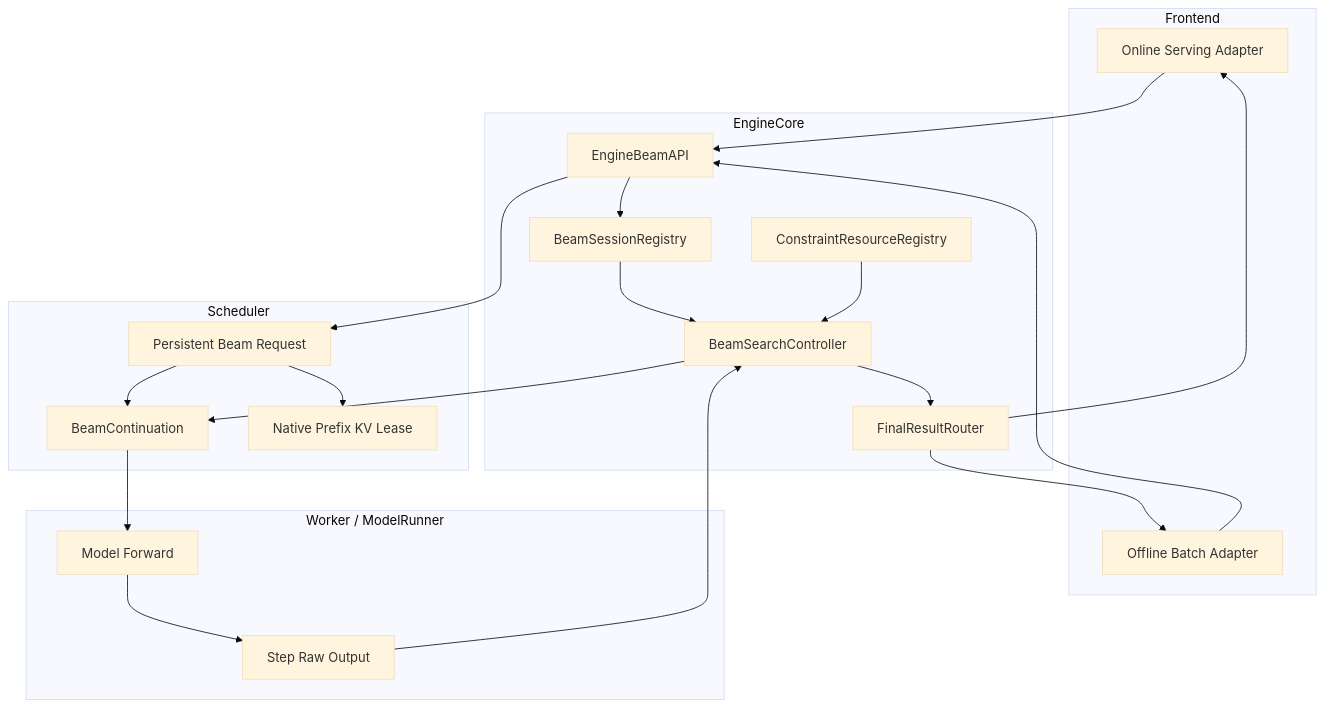
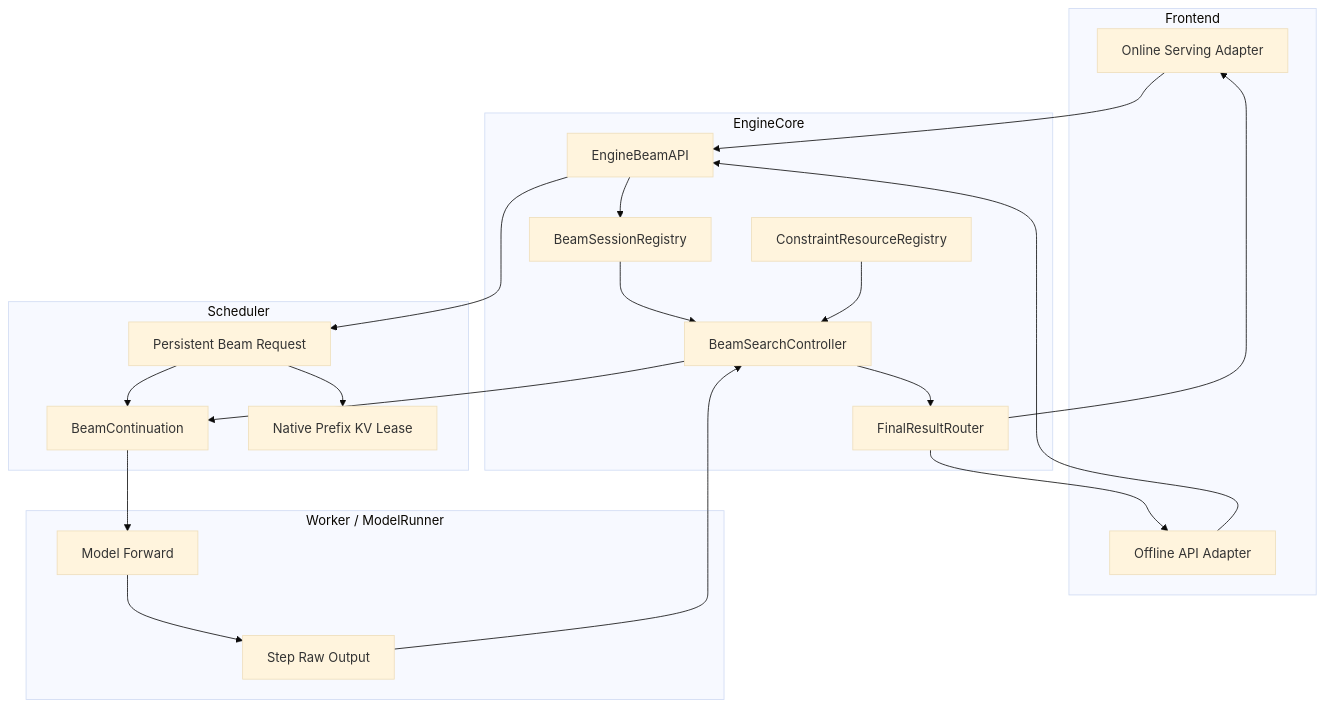
Before and after one commit to zhanghanleo10/gr-related: the fourth of 15 diagrams in GR/engine_owned_persistent_beam_session_feature_design.md, drawn with Mermaid (base theme). The commit also changed other lines of this file, not shown here.

Commit message:
docs: make offline and serving peer frontends

```diff
--- a/GR/engine_owned_persistent_beam_session_feature_design.md
+++ b/GR/engine_owned_persistent_beam_session_feature_design.md
@@ -219,42 +222,42 @@
 ~~~mermaid
 flowchart TB
     subgraph FRONTEND["Frontend"]
         ONLINE["Online Serving Adapter"]
-        OFFLINE["Offline Batch Adapter"]
+        OFFLINE["Offline API Adapter"]
     end
 
     subgraph ENGINE["EngineCore"]
         API["EngineBeamAPI"]
         REG["BeamSessionRegistry"]
         CTRL["BeamSearchController"]
         CON["ConstraintResourceRegistry"]
         OUT["FinalResultRouter"]
     end
 
     subgraph SCHED["Scheduler"]
         REQ["Persistent Beam Request"]
         META["BeamContinuation"]
         KV["Native Prefix KV Lease"]
     end
 
     subgraph EXEC["Worker / ModelRunner"]
         MODEL["Model Forward"]
         RAW["Step Raw Output"]
     end
 
     ONLINE --> API
     OFFLINE --> API
     API --> REG
     REG --> CTRL
     CON --> CTRL
     API --> REQ
     REQ --> META
     META --> MODEL
     MODEL --> RAW
     RAW --> CTRL
     CTRL --> META
     CTRL --> OUT
     OUT --> ONLINE
     OUT --> OFFLINE
     REQ --> KV
 ~~~
```
